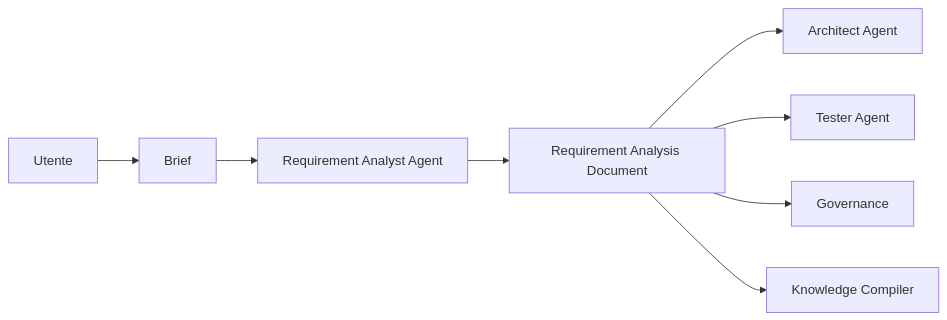
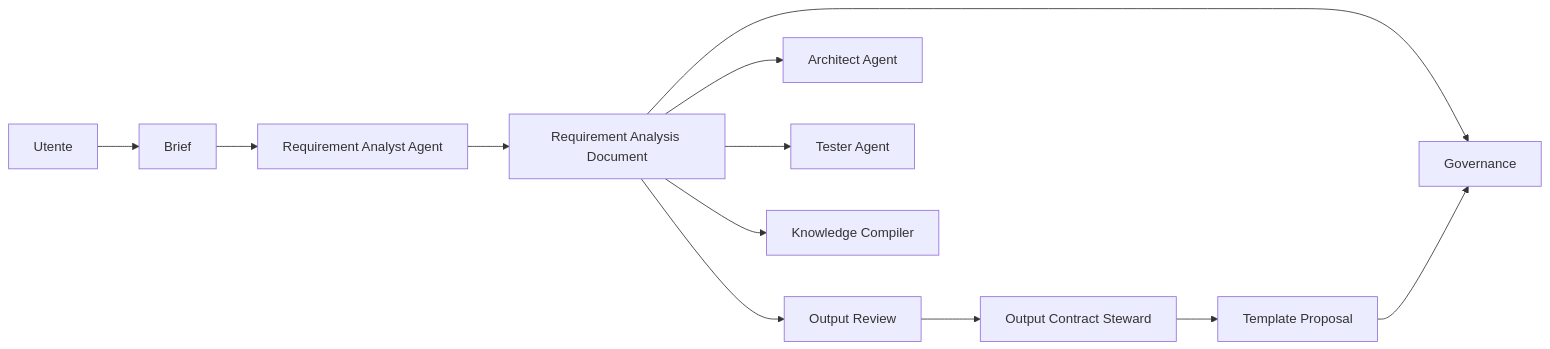
Before and after one commit to EnricoPaparo/AgentFactory: the second of 2 diagrams in lessons/07-template-output-requirement-analysis.md, drawn with Mermaid. The commit also changed other lines of this file and 6 other files, not shown here.

Commit message:
Add governed output contract evolution

````diff
--- a/lessons/07-template-output-requirement-analysis.md
+++ b/lessons/07-template-output-requirement-analysis.md
@@ -632,10 +904,14 @@
 ```mermaid
 flowchart LR
   U[Utente] --> B[Brief]
   B --> RA[Requirement Analyst Agent]
   RA --> R[Requirement Analysis Document]
+  R --> OR[Output Review]
   R --> A[Architect Agent]
   R --> T[Tester Agent]
   R --> G[Governance]
   R --> K[Knowledge Compiler]
+  OR --> OCS[Output Contract Steward]
+  OCS --> TP[Template Proposal]
+  TP --> G
 ```
````
